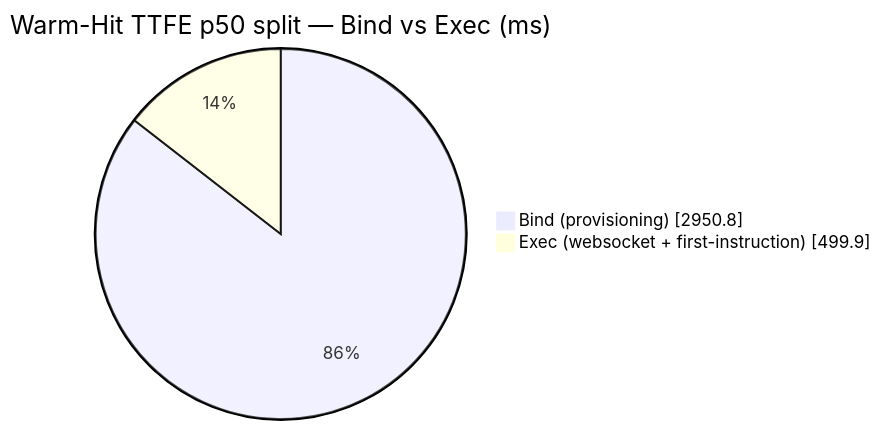
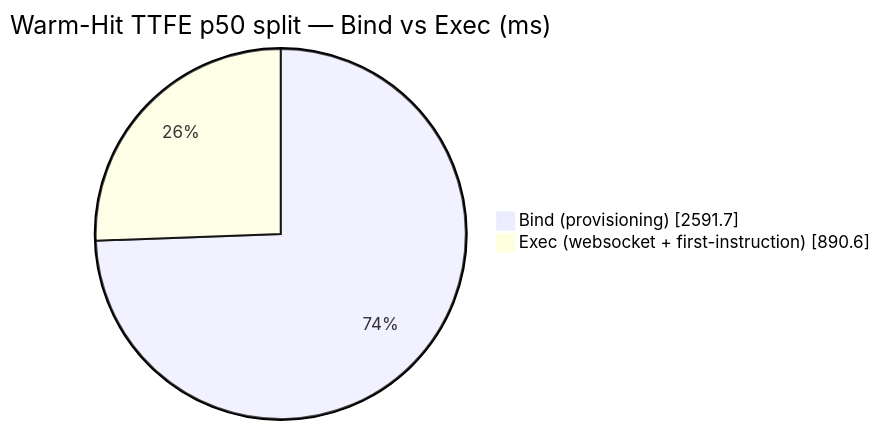
Before and after one commit to AlexBulankou/honest-bench: the diagram in DETAILS.md, drawn with Mermaid. The commit also changed other lines of this file and 4 other files, not shown here.

````diff
--- a/DETAILS.md
+++ b/DETAILS.md
@@ -89,6 +90,6 @@
 ```mermaid
 pie showData
     title Warm-Hit TTFE p50 split — Bind vs Exec (ms)
-    "Bind (provisioning)" : 2950.8
-    "Exec (websocket + first-instruction)" : 499.9
+    "Bind (provisioning)" : 2591.7
+    "Exec (websocket + first-instruction)" : 890.6
 ```
````
